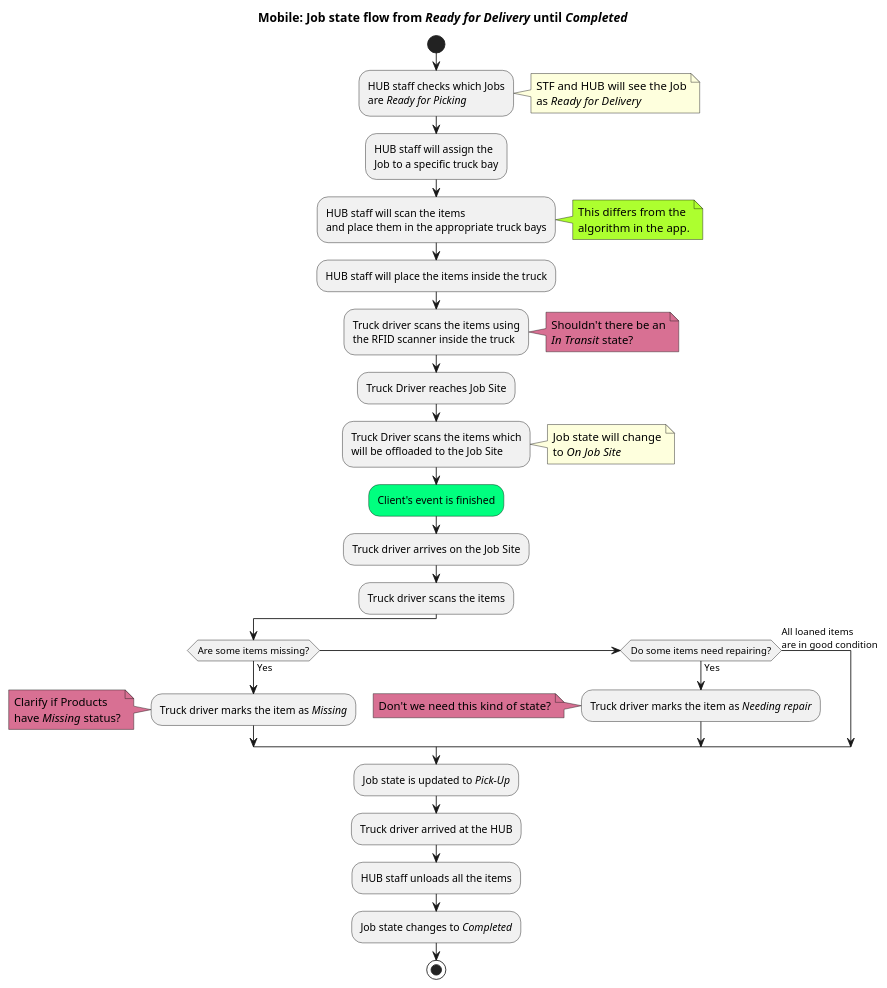
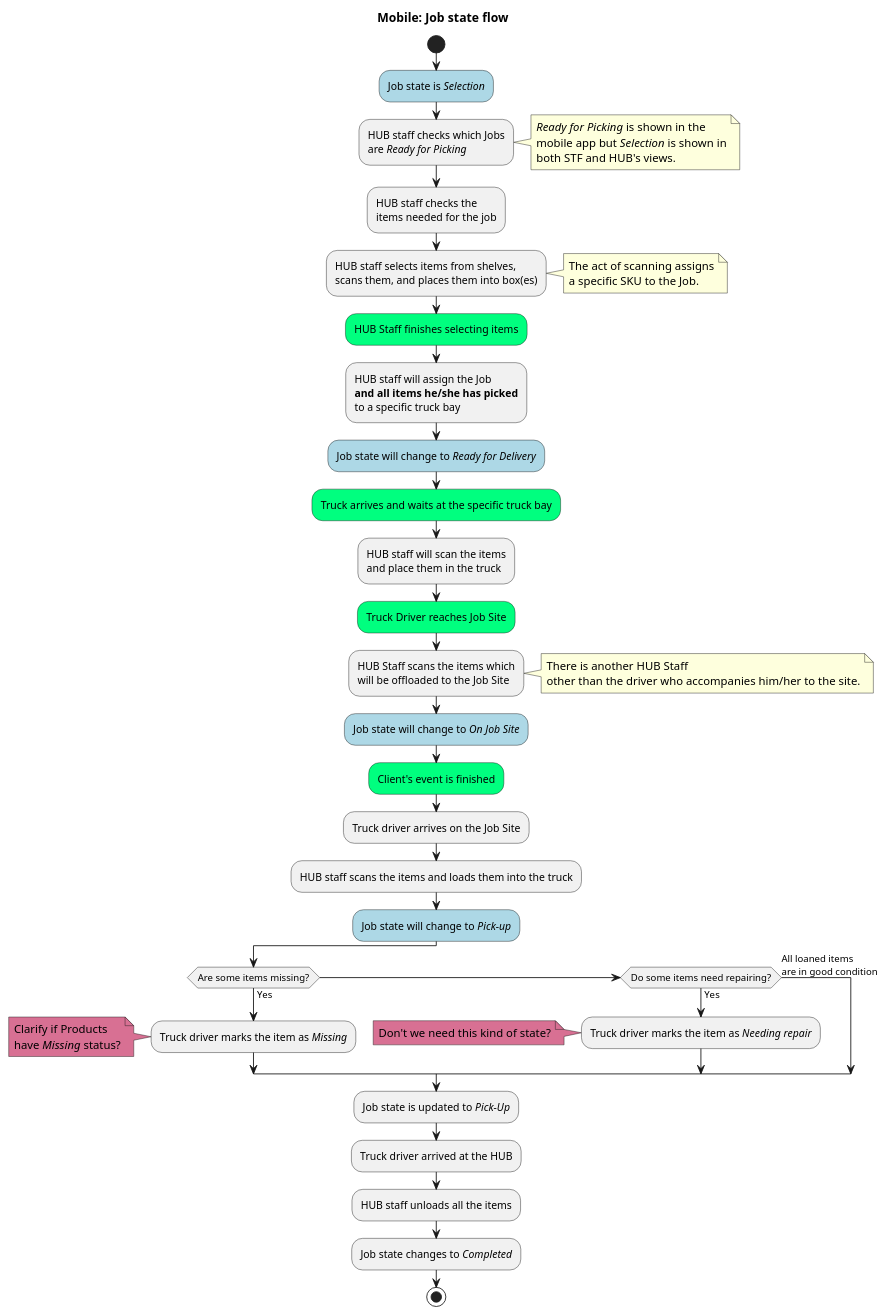
Before and after one commit to jpgacrama/NovariSpecs: the diagram in Mobile/Mobile_JobsToCompleted.pu, drawn with PlantUML.

Commit message:
Mobile: committing changes before moving some responsibilities to HUB

```diff
--- a/Mobile/Mobile_JobsToCompleted.pu
+++ b/Mobile/Mobile_JobsToCompleted.pu
@@ -3,67 +3,80 @@
 @startuml
-    title Mobile: Job state flow from //Ready for Delivery// until //Completed//
+    title Mobile: Job state flow
     start
+
+    #LightBlue:Job state is //Selection//;
+
     :HUB staff checks which Jobs
     are //Ready for Picking//;
+
+    note right
+        //Ready for Picking// is shown in the 
+        mobile app but //Selection// is shown in
+        both STF and HUB's views.
+    end note
     
+    :HUB staff checks the
+    items needed for the job;
+
+    :HUB staff selects items from shelves,
+    scans them, and places them into box(es);
+
     note right
-        STF and HUB will see the Job
-        as //Ready for Delivery//
+        The act of scanning assigns
+        a specific SKU to the Job.
     end note
 
-    :HUB staff will assign the
-    Job to a specific truck bay;
+    #SpringGreen:HUB Staff finishes selecting items;
+
+    :HUB staff will assign the Job 
+    **and all items he/she has picked**
+    to a specific truck bay;
+
+    #LightBlue:Job state will change to //Ready for Delivery//;
+
+    #SpringGreen:Truck arrives and waits at the specific truck bay;
 
     :HUB staff will scan the items
-    and place them in the appropriate truck bays;
-
-    note right #GreenYellow
-        This differs from the
-        algorithm in the app.
-    end note
-
-    :HUB staff will place the items inside the truck;
-    :Truck driver scans the items using
-    the RFID scanner inside the truck;
-
-    note right #PaleVioletRed
-        Shouldn't there be an
-        //In Transit// state?
-    end note
-
-    :Truck Driver reaches Job Site;
-    :Truck Driver scans the items which
+    and place them in the truck;
+    
+    #SpringGreen:Truck Driver reaches Job Site;
+    
+    :HUB Staff scans the items which
     will be offloaded to the Job Site;
 
     note right
-        Job state will change
-        to //On Job Site//
+        There is another HUB Staff
+        other than the driver who accompanies him/her to the site.
     end note
+
+    #LightBlue:Job state will change to //On Job Site//;
 
     #SpringGreen:Client's event is finished;
     :Truck driver arrives on the Job Site;
-    :Truck driver scans the items;
+    :HUB staff scans the items and loads them into the truck;
+    #LightBlue:Job state will change to //Pick-up//;
+
 
     if(Are some items missing?) then (Yes)
         :Truck driver marks the item as //Missing//;
 
         note left #PaleVioletRed
             Clarify if Products
             have //Missing// status?
         end note
 
     elseif(Do some items need repairing?) then (Yes)
         :Truck driver marks the item as //Needing repair//;
 
         note left #PaleVioletRed
             Don't we need this kind of state?
         end note
     else(All loaned items\nare in good condition)
     endif
 
     :Job state is updated to //Pick-Up//;
     :Truck driver arrived at the HUB;
     :HUB staff unloads all the items;
     :Job state changes to //Completed//;
     stop
 @enduml
```
